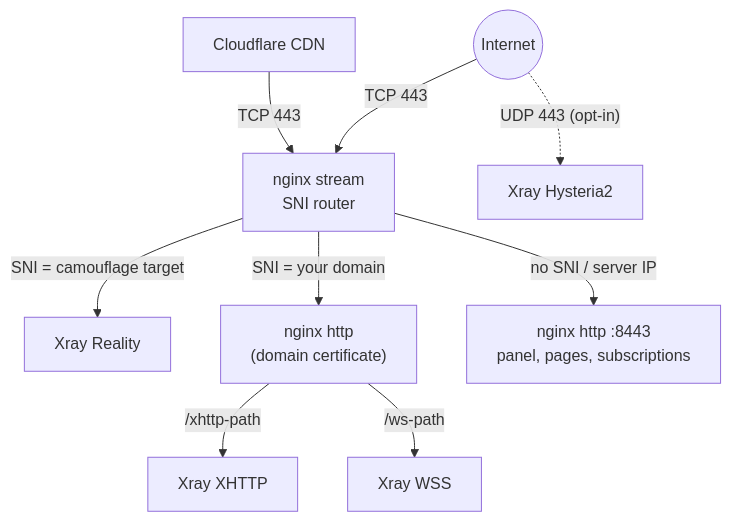
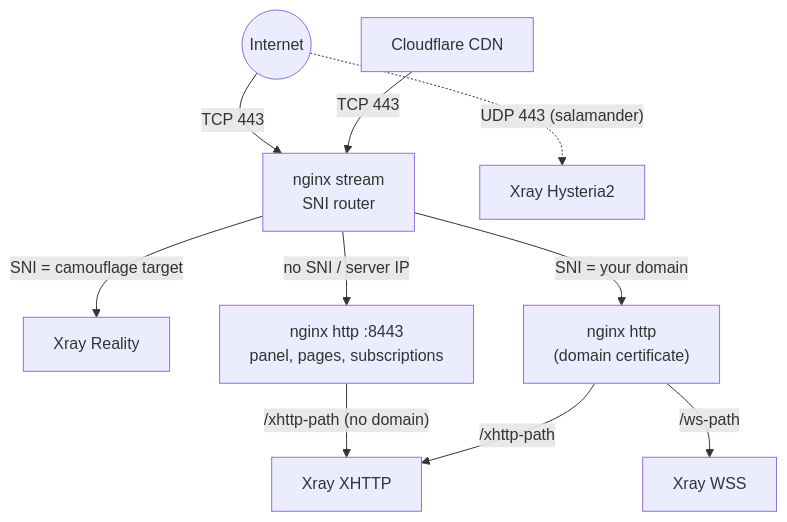
One commit to getmeridian/meridian changed the second of 3 diagrams in website/src/content/docs/en/architecture.md. Above: the diagram before and after it, drawn with Mermaid. The commit also changed other lines of this file and 15 other files, not shown here.

````diff
--- a/website/src/content/docs/en/architecture.md
+++ b/website/src/content/docs/en/architecture.md
@@ -39,11 +40,12 @@
 ```mermaid
 flowchart TD
     Internet((Internet)) -->|TCP 443| Nginx[nginx stream<br>SNI router]
     CDN["Cloudflare CDN"] -->|TCP 443| Nginx
     Nginx -->|"SNI = camouflage target"| XrayReal["Xray Reality"]
     Nginx -->|"SNI = your domain"| NginxDomain["nginx http<br>(domain certificate)"]
     Nginx -->|"no SNI / server IP"| NginxHTTP["nginx http :8443<br>panel, pages, subscriptions"]
+    NginxHTTP -->|"/xhttp-path (no domain)"| XrayXHTTP
     NginxDomain -->|/xhttp-path| XrayXHTTP["Xray XHTTP"]
     NginxDomain -->|/ws-path| XrayWSS["Xray WSS"]
-    Internet -.->|"UDP 443 (opt-in)"| XrayHy2["Xray Hysteria2"]
+    Internet -.->|"UDP 443 (salamander)"| XrayHy2["Xray Hysteria2"]
 ```
````
